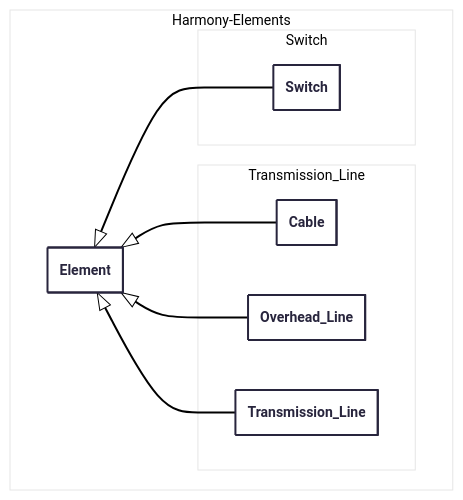
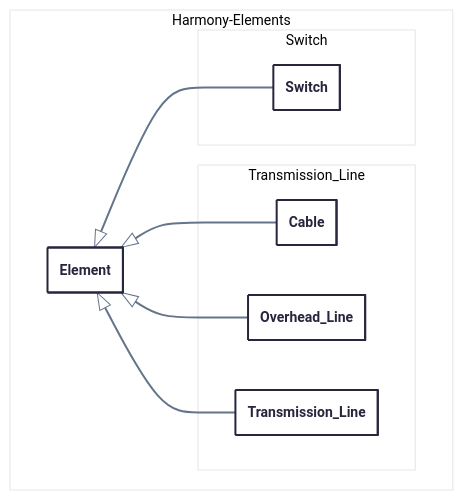
Before and after one commit to yiquintero/tmp: the first of 11 diagrams in class_diagram.md, drawn with Mermaid.

Commit message:
Add theme variables to class diagram configuration

````diff
--- a/class_diagram.md
+++ b/class_diagram.md
@@ -23,26 +23,28 @@
 ```mermaid
 ---
 config:
   theme: redux-color
+  themeVariables:
+    lineColor: "#64748B"
   class:
     hideEmptyMembersBox: true
 ---
 classDiagram
   namespace Harmony-Elements {
     class Element {}
   }
   namespace Harmony-Elements.Switch {
     class Switch {}
   }
   Element <|-- Switch
 
   namespace Harmony-Elements.Transmission_Line {
     class Cable {}
     class Overhead_Line {}
     class Transmission_Line {}
   }
   Element <|-- Cable
   Element <|-- Overhead_Line
   Element <|-- Transmission_Line
 
 ```
````
